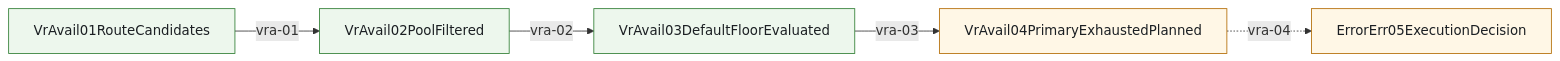
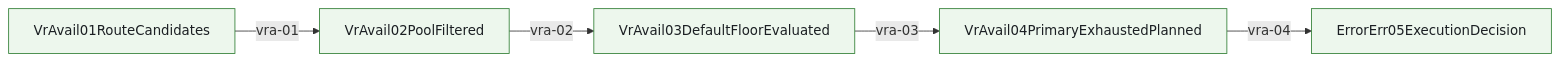
The eighth of 14 diagrams in docs/architecture/wiki/mainline-call-graph.md (Jasonzhangf/routecodex), drawn with Mermaid before and after one commit. The commit also changed other lines of this file and 29 other files, not shown here.

````diff
--- a/docs/architecture/wiki/mainline-call-graph.md
+++ b/docs/architecture/wiki/mainline-call-graph.md
@@ -310,20 +310,20 @@
 ```mermaid
 flowchart LR
   ErrorErr05ExecutionDecision["ErrorErr05ExecutionDecision"]
   VrAvail04PrimaryExhaustedPlanned["VrAvail04PrimaryExhaustedPlanned"]
   VrAvail03DefaultFloorEvaluated["VrAvail03DefaultFloorEvaluated"]
   VrAvail02PoolFiltered["VrAvail02PoolFiltered"]
   VrAvail01RouteCandidates["VrAvail01RouteCandidates"]
   VrAvail01RouteCandidates -->|vra-01| VrAvail02PoolFiltered
   VrAvail02PoolFiltered -->|vra-02| VrAvail03DefaultFloorEvaluated
   VrAvail03DefaultFloorEvaluated -->|vra-03| VrAvail04PrimaryExhaustedPlanned
-  VrAvail04PrimaryExhaustedPlanned -.->|vra-04| ErrorErr05ExecutionDecision
+  VrAvail04PrimaryExhaustedPlanned -->|vra-04| ErrorErr05ExecutionDecision
   classDef anchored fill:#edf7ed,stroke:#2e7d32,stroke-width:1px,color:#1b1f23;
   classDef partial fill:#fff7e6,stroke:#b26a00,stroke-width:1px,color:#1b1f23;
   classDef pending fill:#f4f4f5,stroke:#6b7280,stroke-width:1px,stroke-dasharray: 5 5,color:#1b1f23;
   class VrAvail01RouteCandidates anchored;
   class VrAvail02PoolFiltered anchored;
   class VrAvail03DefaultFloorEvaluated anchored;
-  class VrAvail04PrimaryExhaustedPlanned partial;
-  class ErrorErr05ExecutionDecision partial;
+  class VrAvail04PrimaryExhaustedPlanned anchored;
+  class ErrorErr05ExecutionDecision anchored;
 ```
````
